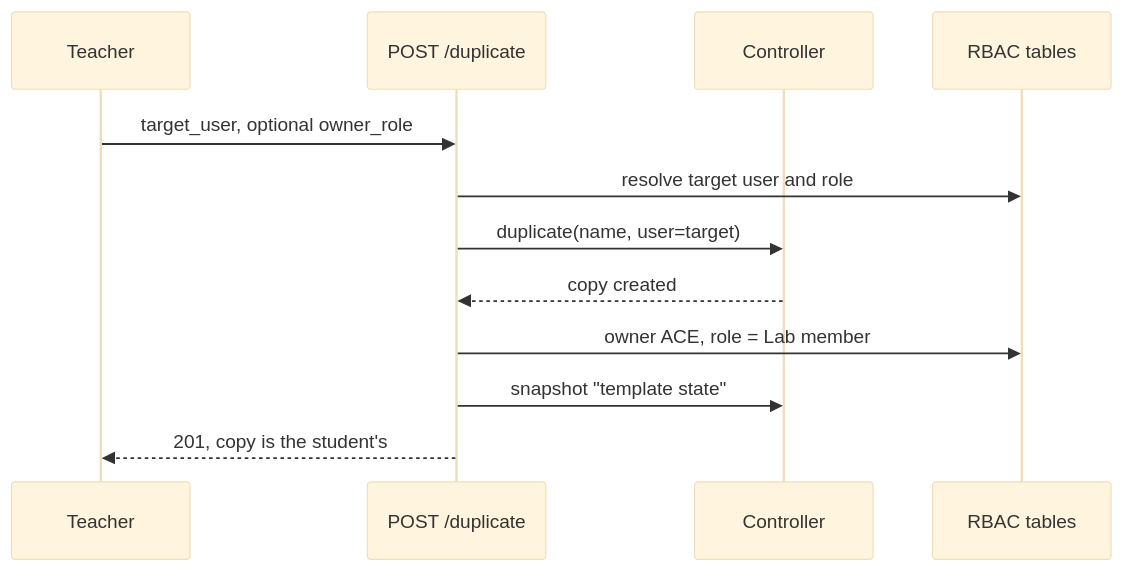
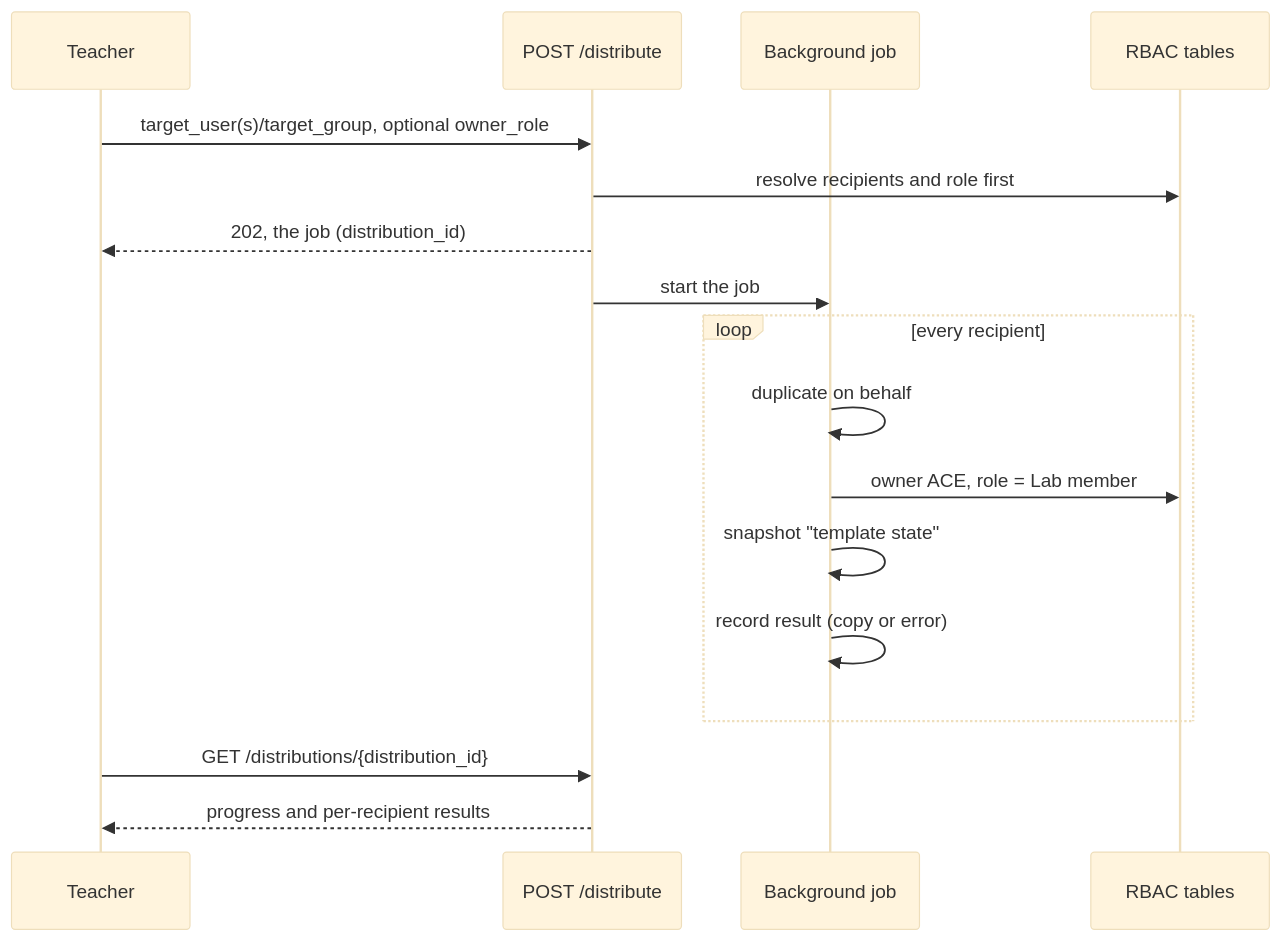
The second of 2 diagrams in docs/features/project-distribution.md (yueguobin/gns3-server), drawn with Mermaid (base theme) before and after one commit. The commit also changed other lines of this file and 6 other files, not shown here.

First line of the commit message:
Run project distributions as a background job

````diff
--- a/docs/features/project-distribution.md
+++ b/docs/features/project-distribution.md
@@ -47,14 +48,19 @@
 ```mermaid
 sequenceDiagram
     participant T as Teacher
-    participant API as POST /duplicate
-    participant P as Controller
+    participant API as POST /distribute
+    participant J as Background job
     participant R as RBAC tables
-    T->>API: target_user, optional owner_role
-    API->>R: resolve target user and role
-    API->>P: duplicate(name, user=target)
-    P-->>API: copy created
-    API->>R: owner ACE, role = Lab member
-    API->>P: snapshot "template state"
-    API-->>T: 201, copy is the student's
+    T->>API: target_user(s)/target_group, optional owner_role
+    API->>R: resolve recipients and role first
+    API-->>T: 202, the job (distribution_id)
+    API->>J: start the job
+    loop every recipient
+        J->>J: duplicate on behalf
+        J->>R: owner ACE, role = Lab member
+        J->>J: snapshot "template state"
+        J->>J: record result (copy or error)
+    end
+    T->>API: GET /distributions/{distribution_id}
+    API-->>T: progress and per-recipient results
 ```
````
